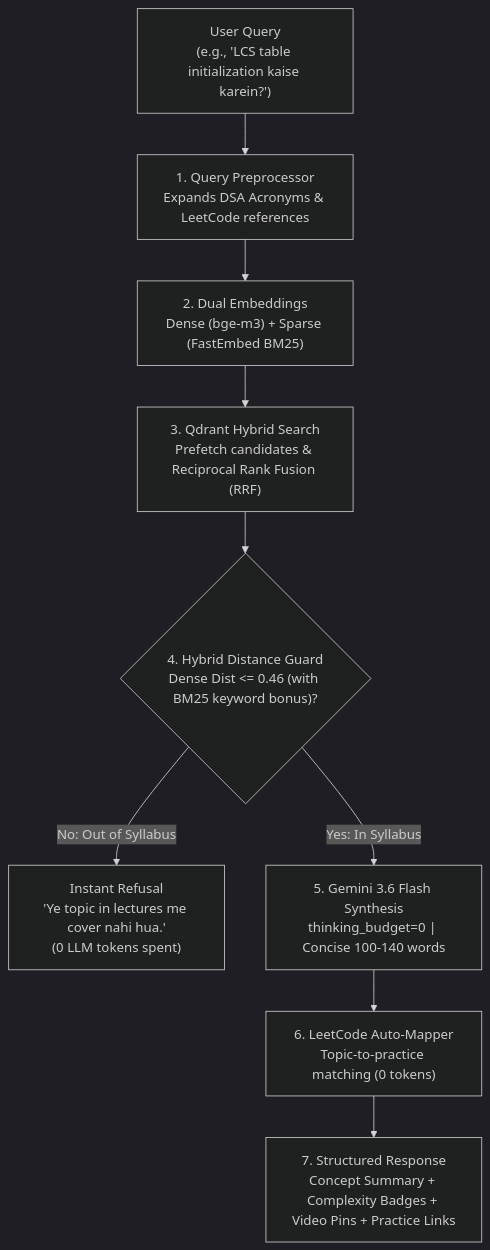
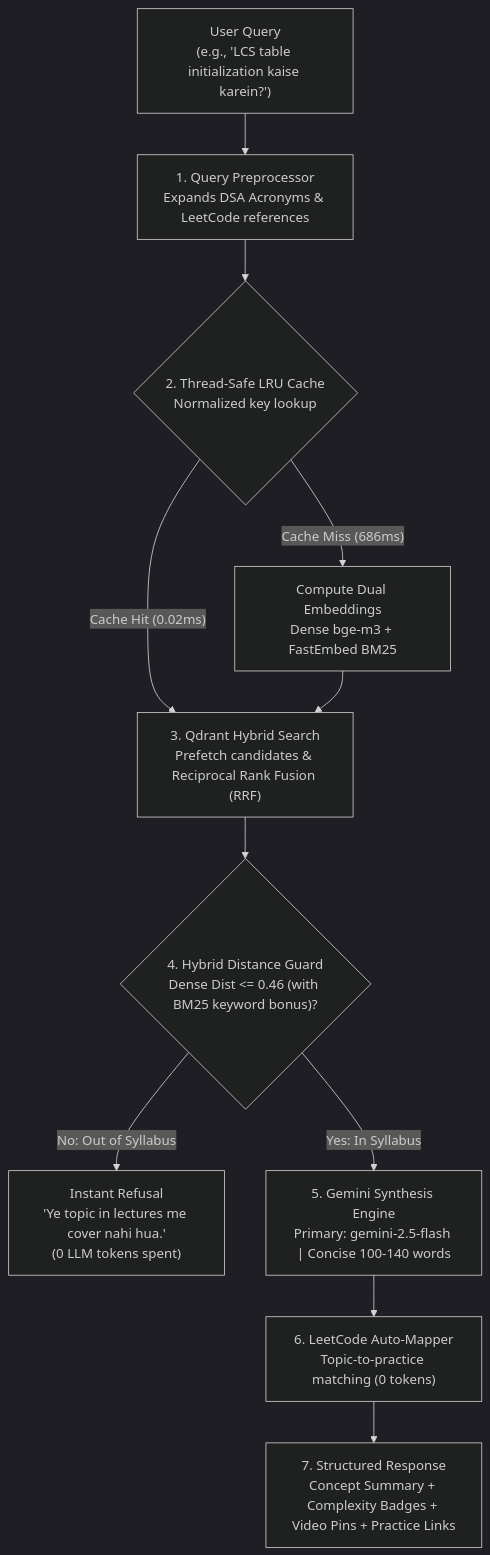
One commit to matrix-1407/chronoRAG changed the second of 4 diagrams in README.md. Above: the diagram before and after it, drawn with Mermaid (dark theme). The commit also changed other lines of this file and 3 other files, not shown here.

````diff
--- a/README.md
+++ b/README.md
@@ -93,13 +98,15 @@
 ```mermaid
 flowchart TD
     Q["User Query<br/>(e.g., 'LCS table initialization kaise karein?')"] --> Norm["1. Query Preprocessor<br/>Expands DSA Acronyms & LeetCode references"]
-    Norm --> Embed["2. Dual Embeddings<br/>Dense (bge-m3) + Sparse (FastEmbed BM25)"]
+    Norm --> Cache{"2. Thread-Safe LRU Cache<br/>Normalized key lookup"}
+    Cache -->|"Cache Hit (0.02ms)"| RRF
+    Cache -->|"Cache Miss (686ms)"| Embed["Compute Dual Embeddings<br/>Dense bge-m3 + FastEmbed BM25"]
     Embed --> RRF["3. Qdrant Hybrid Search<br/>Prefetch candidates & Reciprocal Rank Fusion (RRF)"]
     RRF --> Guard{"4. Hybrid Distance Guard<br/>Dense Dist <= 0.46 (with BM25 keyword bonus)?"}
     
     Guard -->|"No: Out of Syllabus"| Refuse["Instant Refusal<br/>'Ye topic in lectures me cover nahi hua.'<br/>(0 LLM tokens spent)"]
-    Guard -->|"Yes: In Syllabus"| LLM["5. Gemini 3.6 Flash Synthesis<br/>thinking_budget=0 | Concise 100-140 words"]
+    Guard -->|"Yes: In Syllabus"| LLM["5. Gemini Synthesis Engine<br/>Primary: gemini-2.5-flash | Concise 100-140 words"]
     
     LLM --> Map["6. LeetCode Auto-Mapper<br/>Topic-to-practice matching (0 tokens)"]
     Map --> Out["7. Structured Response<br/>Concept Summary + Complexity Badges + Video Pins + Practice Links"]
 ```
````
